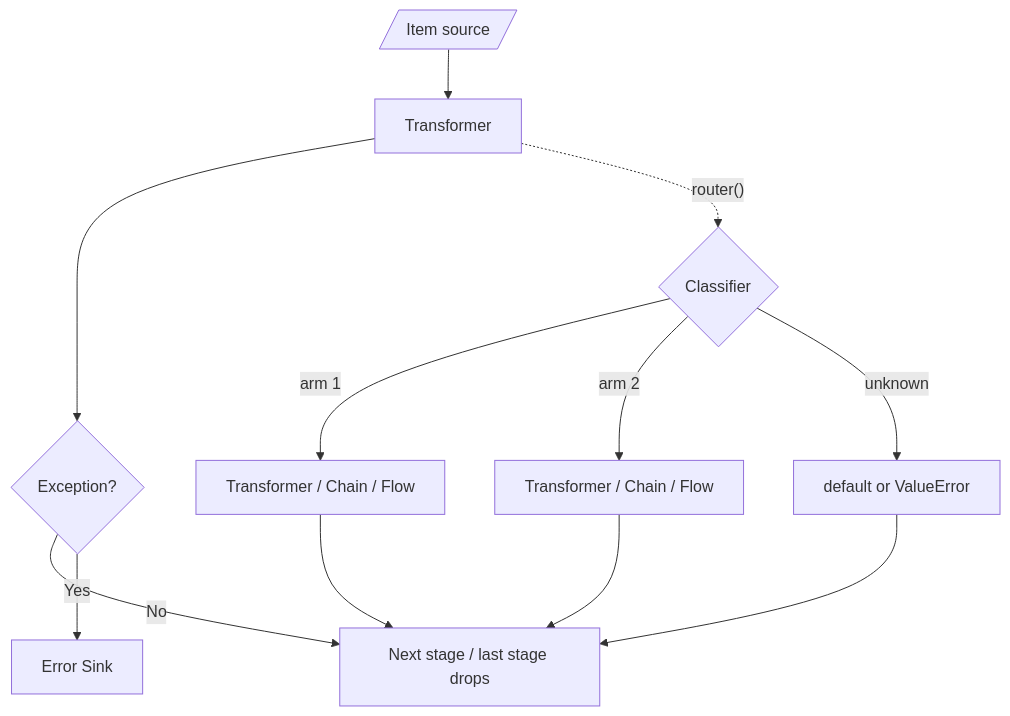
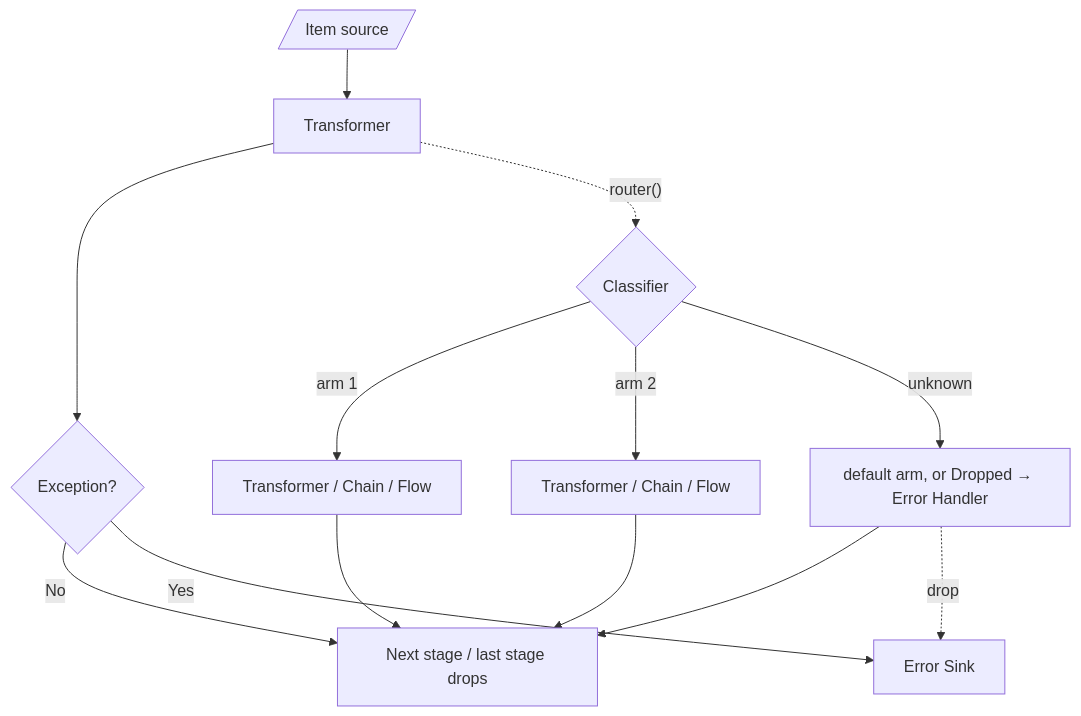
One commit to maxsimov/flowrhythm changed the second of 2 diagrams in README.md. Above: the diagram before and after it, drawn with Mermaid. The commit also changed other lines of this file and 2 other files, not shown here.

````diff
--- a/README.md
+++ b/README.md
@@ -799,14 +952,15 @@
 ```mermaid
 flowchart TD
     Src[/Item source/] --> B[Transformer]
     B --> C{Exception?}
     C -- No --> D[Next stage / last stage drops]
     C -- Yes --> E[Error Sink]
     B -. "router()" .-> F{Classifier}
     F -- arm 1 --> G[Transformer / Chain / Flow]
     F -- arm 2 --> H[Transformer / Chain / Flow]
-    F -- unknown --> I[default or ValueError]
+    F -- unknown --> I[default arm, or Dropped → Error Handler]
     G --> D
     H --> D
     I --> D
+    I -. drop .-> E
 ```
````
